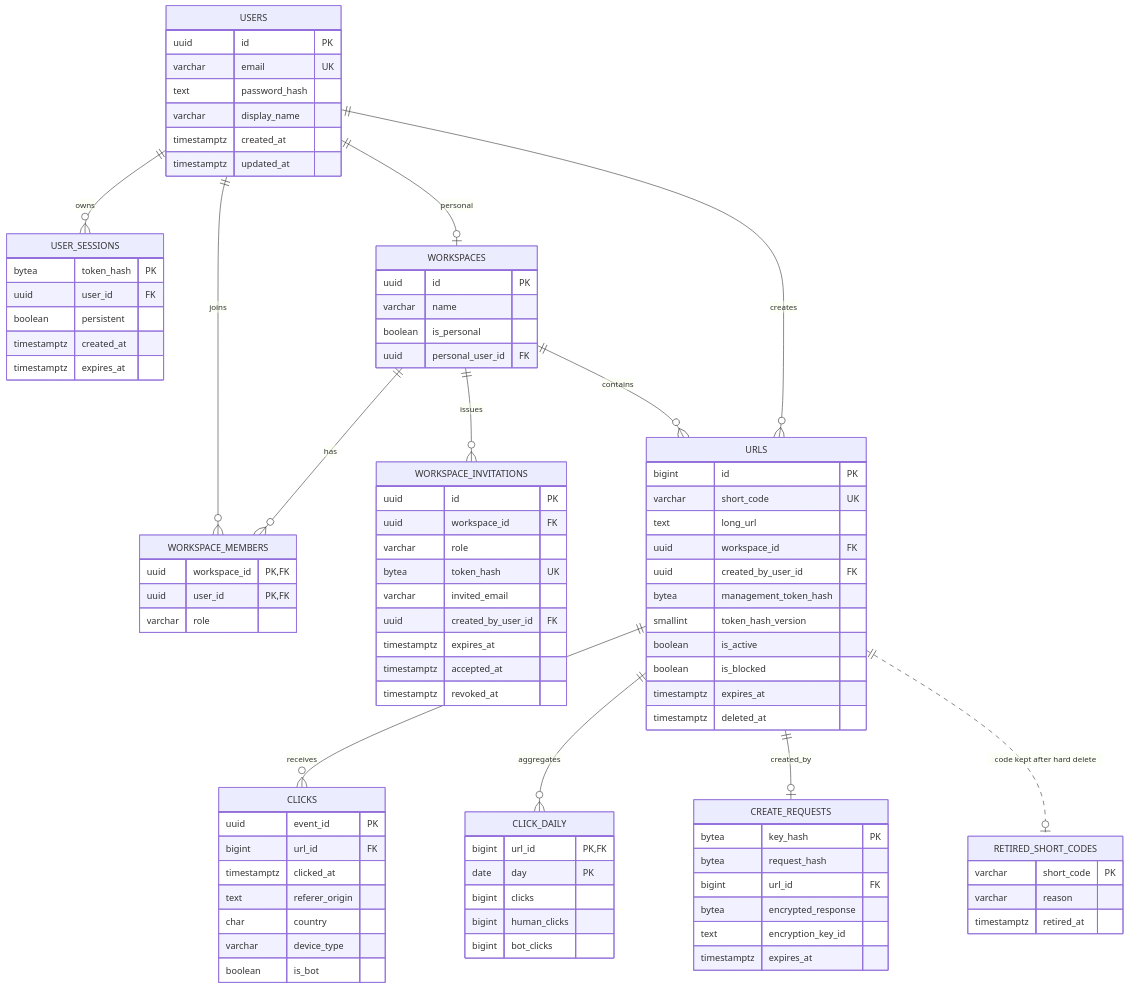
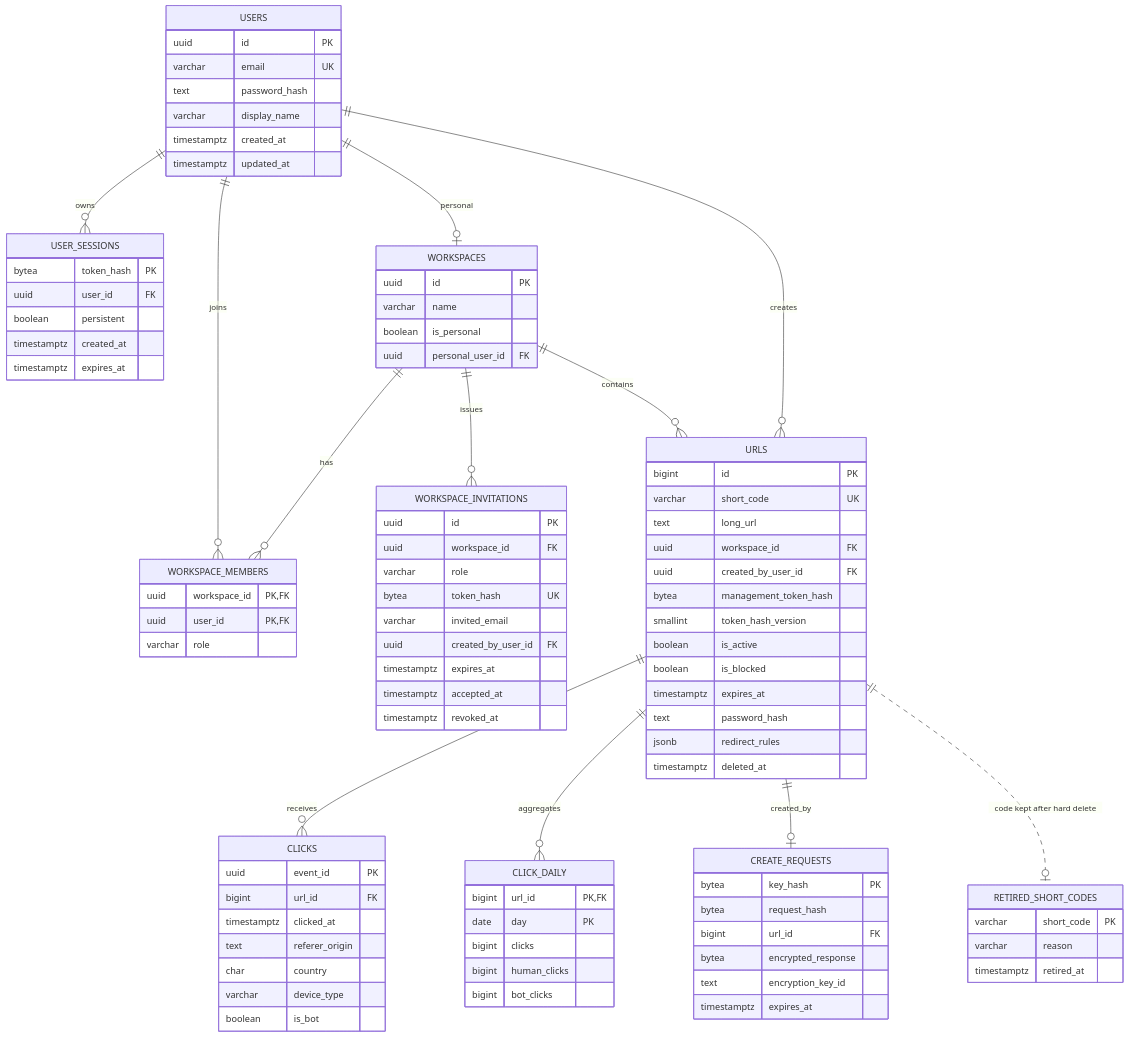
The diagram in docs/backend/data-model.md (sarankumar1325/url-shortner), drawn with Mermaid before and after one commit. The commit also changed other lines of this file and 10 other files, not shown here.

```diff
--- a/docs/backend/data-model.md
+++ b/docs/backend/data-model.md
@@ -70,6 +70,8 @@
         boolean is_active
         boolean is_blocked
         timestamptz expires_at
+        text password_hash
+        jsonb redirect_rules
         timestamptz deleted_at
     }
     CREATE_REQUESTS {
```
